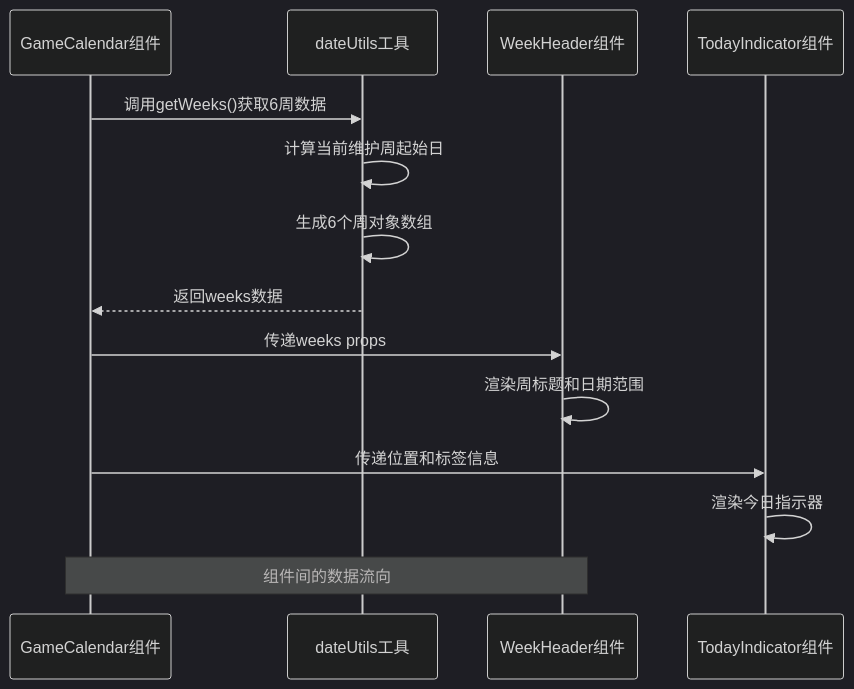
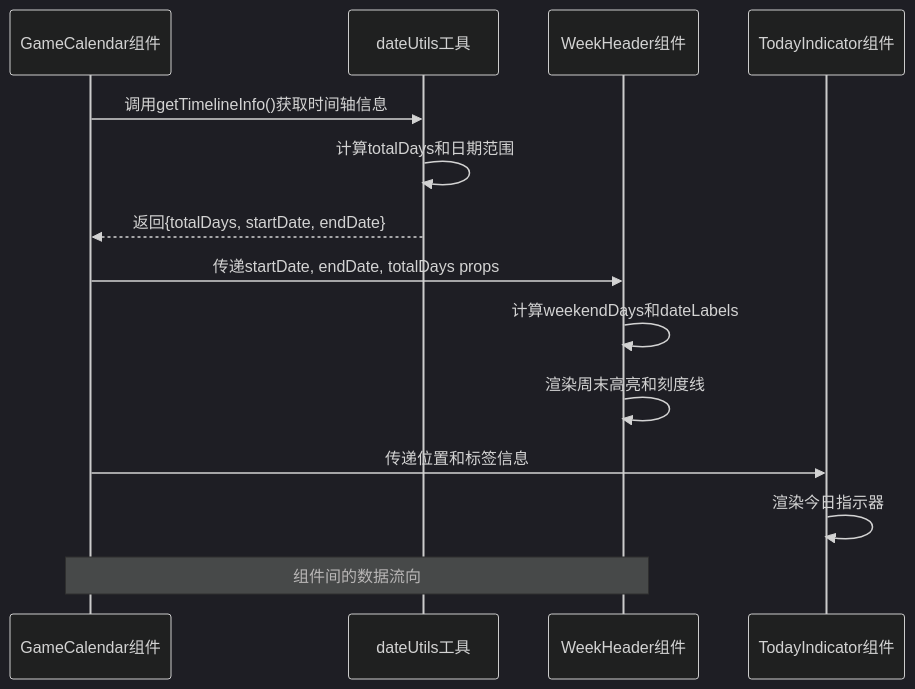
The second of 6 diagrams in .qoder/repowiki/zh/content/核心组件/WeekHeader 周标题组件.md (xuanyulingnfeg/gameCalendar), drawn with Mermaid (dark theme) before and after one commit. The commit also changed other lines of this file and 5 other files, not shown here.

````diff
--- a/.qoder/repowiki/zh/content/核心组件/WeekHeader 周标题组件.md
+++ b/.qoder/repowiki/zh/content/核心组件/WeekHeader 周标题组件.md
@@ -137,16 +139,16 @@
 ```mermaid
 sequenceDiagram
 participant GC as GameCalendar组件
 participant DU as dateUtils工具
 participant WH as WeekHeader组件
 participant TI as TodayIndicator组件
-GC->>DU : 调用getWeeks()获取6周数据
-DU->>DU : 计算当前维护周起始日
-DU->>DU : 生成6个周对象数组
-DU-->>GC : 返回weeks数据
-GC->>WH : 传递weeks props
-WH->>WH : 渲染周标题和日期范围
+GC->>DU : 调用getTimelineInfo()获取时间轴信息
+DU->>DU : 计算totalDays和日期范围
+DU-->>GC : 返回{totalDays, startDate, endDate}
+GC->>WH : 传递startDate, endDate, totalDays props
+WH->>WH : 计算weekendDays和dateLabels
+WH->>WH : 渲染周末高亮和刻度线
 GC->>TI : 传递位置和标签信息
 TI->>TI : 渲染今日指示器
 Note over GC,WH : 组件间的数据流向
 ```
````
